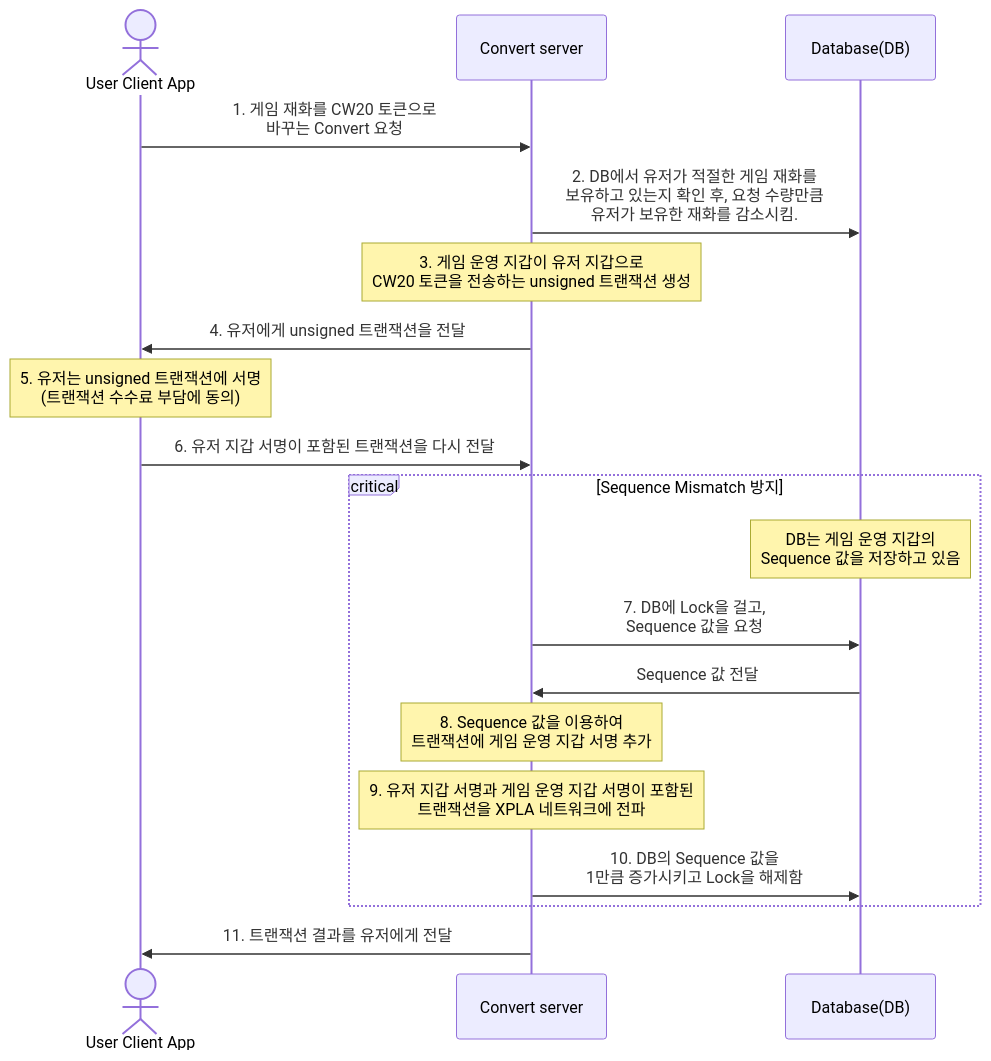
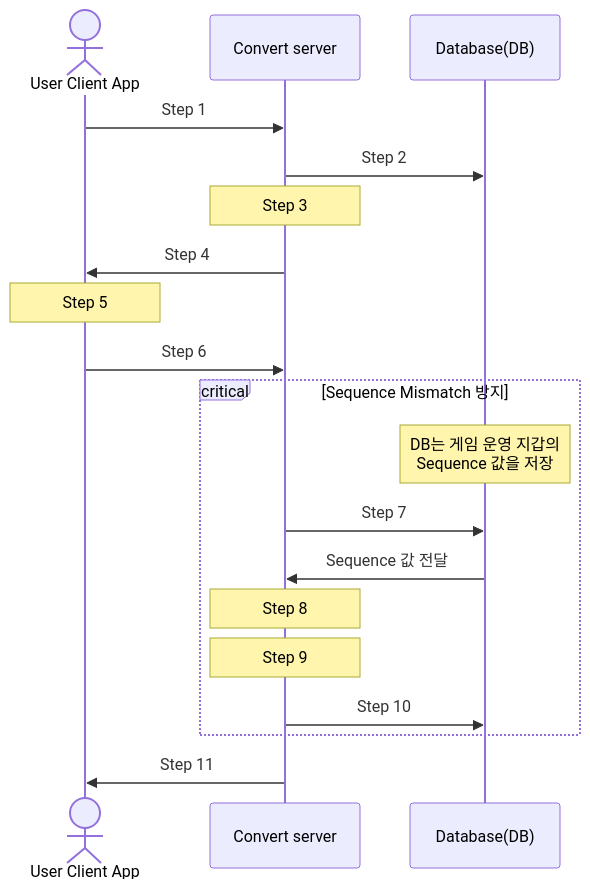
One commit to nglsena0722c/xpla-academy-dev changed the first of 2 diagrams in docs/3-tutorial/3-deep-understand-xpla/5-convert.mdx. Above: the diagram before and after it, drawn with Mermaid. The commit also changed other lines of this file and 8 other files, not shown here.

````diff
--- a/docs/3-tutorial/3-deep-understand-xpla/5-convert.mdx
+++ b/docs/3-tutorial/3-deep-understand-xpla/5-convert.mdx
@@ -41,21 +53,23 @@
 ```mermaid
 sequenceDiagram
     actor U as User Client App;
     participant C as Convert server;
     participant D as Database(DB);
-    U->>C: 1. 게임 재화를 CW20 토큰으로<br/> 바꾸는 Convert 요청 
-    C->>D: 2. DB에서 유저가 적절한 게임 재화를<br/> 보유하고 있는지 확인 후, 요청 수량만큼<br/> 유저가 보유한 재화를 감소시킴.
-    Note over C: 3. 게임 운영 지갑이 유저 지갑으로<br/> CW20 토큰을 전송하는 unsigned 트랜잭션 생성
-    C->>U: 4. 유저에게 unsigned 트랜잭션을 전달
-    Note over U: 5. 유저는 unsigned 트랜잭션에 서명<br/>(트랜잭션 수수료 부담에 동의)
-    U->>C: 6. 유저 지갑 서명이 포함된 트랜잭션을 다시 전달
+    U->>C: Step 1
+    C->>D: Step 2
+    Note over C: Step 3
+    C->>U: Step 4
+    Note over U: Step 5
+    U->>C: Step 6
     critical Sequence Mismatch 방지
-        Note over D: DB는 게임 운영 지갑의 <br/>Sequence 값을 저장하고 있음
-        C->>D: 7. DB에 Lock을 걸고,<br/> Sequence 값을 요청
+        Note over D: DB는 게임 운영 지갑의 <br/>Sequence 값을 저장
+        C->>D: Step 7
         D->>C: Sequence 값 전달
-        Note over C: 8. Sequence 값을 이용하여 <br/> 트랜잭션에 게임 운영 지갑 서명 추가
-        Note over C: 9. 유저 지갑 서명과 게임 운영 지갑 서명이 포함된 <br/>트랜잭션을 XPLA 네트워크에 전파
-        C->>D: 10. DB의 Sequence 값을<br/> 1만큼 증가시키고 Lock을 해제함
+        Note over C: Step 8
+        Note over C: Step 9
+        C->>D: Step 10
     end
-    C->>U: 11. 트랜잭션 결과를 유저에게 전달
+    C->>U: Step 11
+
+%%{init:{'themeCSS':'.messageText:nth-of-type(1) { font-weight: bold !important; fill:#004FFF;}; .messageText:nth-of-type(2) { font-weight: bold !important; fill:#004FFF;}; .messageText:nth-of-type(3) { font-weight: bold !important; fill:#004FFF;}; .messageText:nth-of-type(4) { font-weight: bold !important; fill:#004FFF;}; .messageText:nth-of-type(5) { font-weight: bold !important; fill:#004FFF;}; .messageText:nth-of-type(7) { font-weight: bold !important; fill:#004FFF;}; .messageText:nth-of-type(8) { font-weight: bold !important; fill:#004FFF;}; g:nth-of-type(5) .note { stroke: #004FFF;fill: white; }; g:nth-of-type(5) .noteText tspan { fill: #004FFF; font-weight:bold;}; g:nth-of-type(6) .note { stroke: #004FFF;fill: white; }; g:nth-of-type(6) .noteText tspan { fill: #004FFF; font-weight:bold;}; g:nth-of-type(7) .note { stroke: #004FFF;fill: white; }; g:nth-of-type(8) .note { stroke: #004FFF;fill: white; }; g:nth-of-type(8) .noteText tspan { fill: #004FFF; font-weight:bold;}; g:nth-of-type(9) .note { stroke: #004FFF;fill: white; }; g:nth-of-type(9) .noteText tspan { fill: #004FFF; font-weight:bold;};'}}%%
 ```
````
